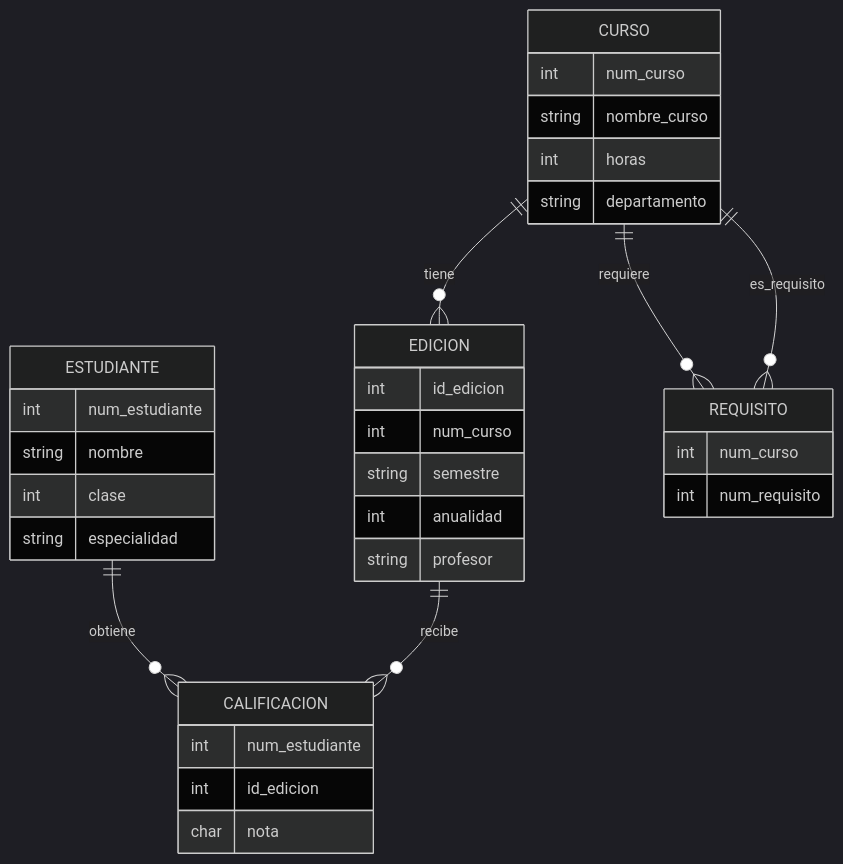
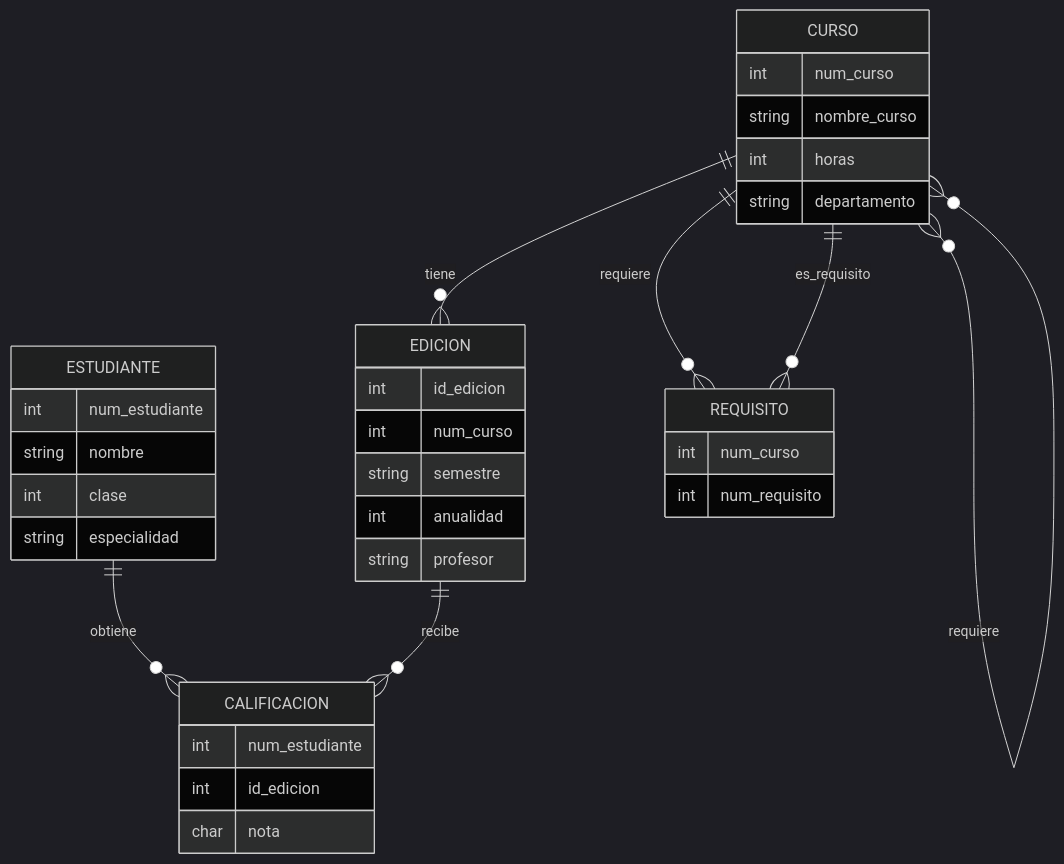
The third of 4 diagrams in T01 - Fundamentos.md (bd-uex/bd-contenidos), drawn with Mermaid (dark theme) before and after one commit. The commit also changed other lines of this file and 2 other files, not shown here.

````diff
--- a/T01 - Fundamentos.md
+++ b/T01 - Fundamentos.md
@@ -171,47 +177,48 @@
 ```mermaid
 erDiagram
     ESTUDIANTE {
         int num_estudiante 
         string nombre        
         int clase
         string especialidad
     }
     
     CURSO {
         int num_curso         
         string nombre_curso
         int horas
         string departamento
     }
     
     EDICION {
         int id_edicion 
         int num_curso 
         string semestre
         int anualidad        
         string profesor
     }
             
     CALIFICACION {
         int num_estudiante 
         int id_edicion 
         char nota
     }
     
     REQUISITO {
 	    int num_curso 
 	    int num_requisito 
     }
     
     %% Relaciones principales
     CURSO ||--o{ EDICION : "tiene"
+    CURSO }o--o{ CURSO : "requiere"
     
     %% Relación muchos a muchos entre ESTUDIANTE y EDICION a través de CALIFICACION
     ESTUDIANTE ||--o{ CALIFICACION : "obtiene"
     EDICION ||--o{ CALIFICACION : "recibe"
     
     %% Relación muchos a muchos entre CURSO y CURSO (prerrequisitos) a través de REQUISITO
     CURSO ||--o{ REQUISITO : "requiere"
     CURSO ||--o{ REQUISITO : "es_requisito"
     
 ```
````
